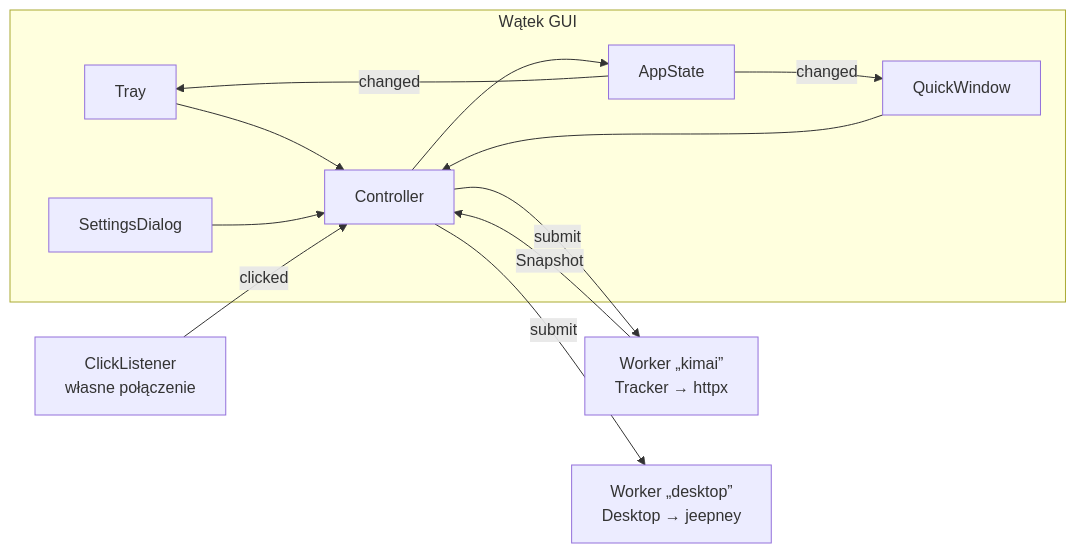
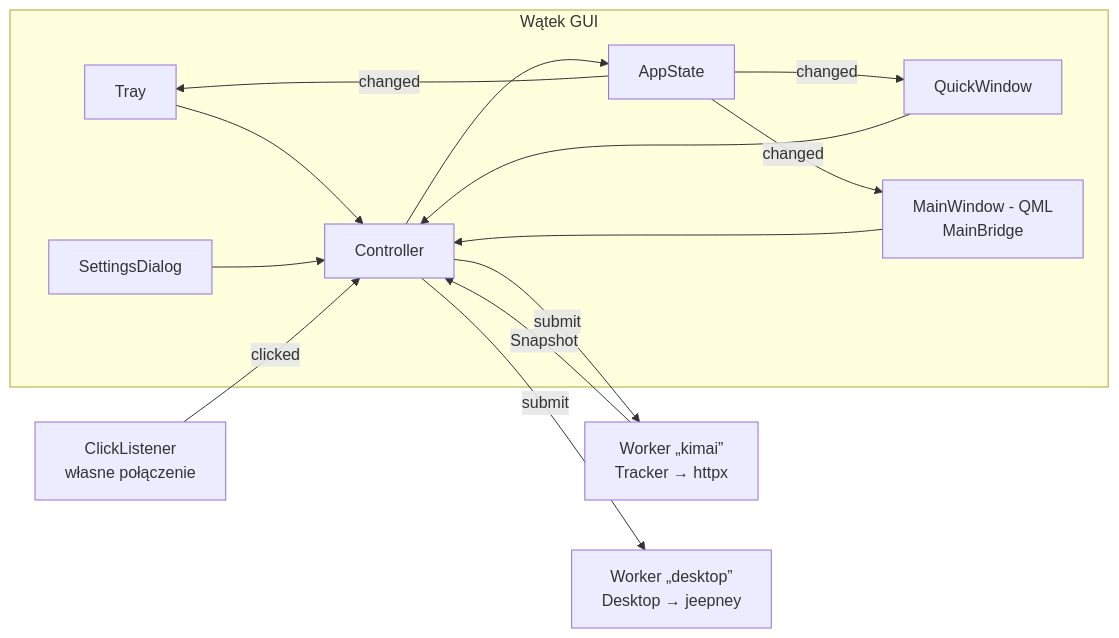
One commit to DragonKing026/DK-Tracker-Linux changed the second of 4 diagrams in docs/architektura/architektura-aplikacji.md. Above: the diagram before and after it, drawn with Mermaid. The commit also changed other lines of this file and 5 other files, not shown here.

````diff
--- a/docs/architektura/architektura-aplikacji.md
+++ b/docs/architektura/architektura-aplikacji.md
@@ -99,15 +101,17 @@
 ```mermaid
 flowchart LR
     subgraph gui[Wątek GUI]
         TRAY[Tray] --> CTRL[Controller]
         POP[QuickWindow] --> CTRL
         DLG[SettingsDialog] --> CTRL
+        MW[MainWindow - QML<br/>MainBridge] --> CTRL
+        ST -->|changed| MW
         CTRL --> ST[AppState]
         ST -->|changed| TRAY
         ST -->|changed| POP
     end
     CTRL -->|submit| WK[Worker „kimai”<br/>Tracker → httpx]
     CTRL -->|submit| WD[Worker „desktop”<br/>Desktop → jeepney]
     CL[ClickListener<br/>własne połączenie] -->|clicked| CTRL
     WK -->|Snapshot| CTRL
 ```
````
